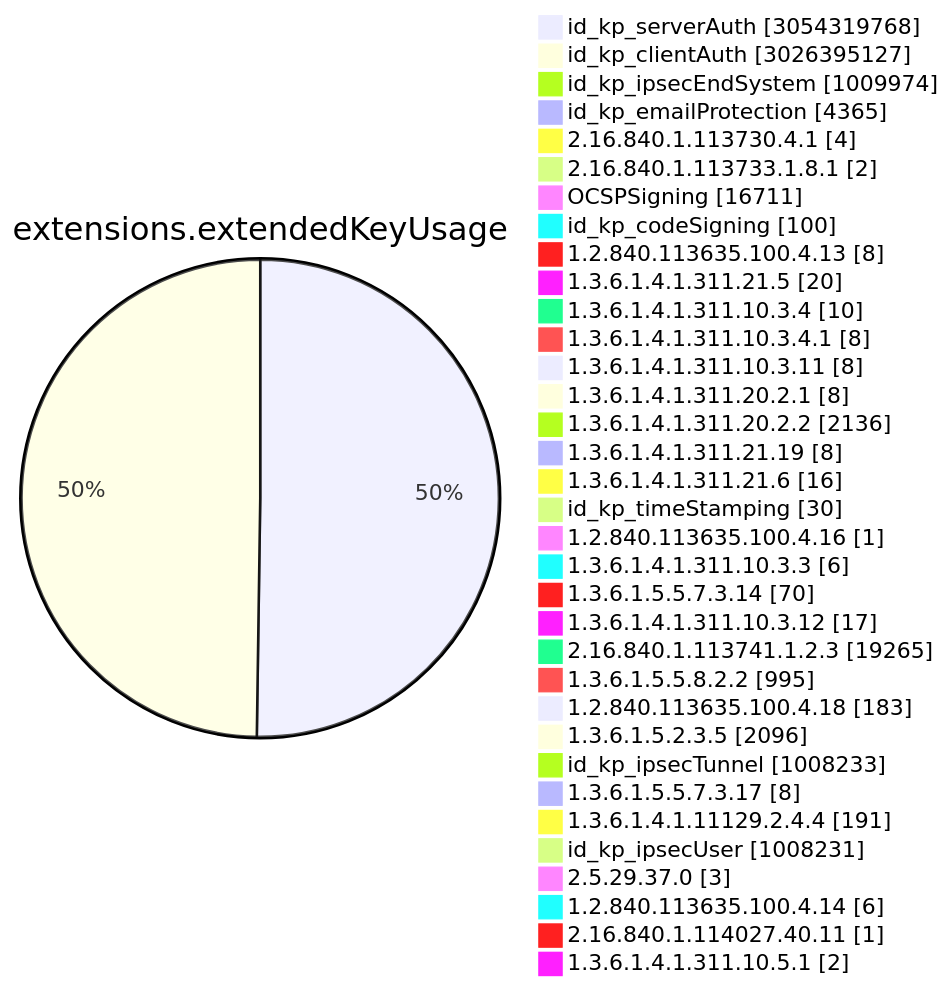
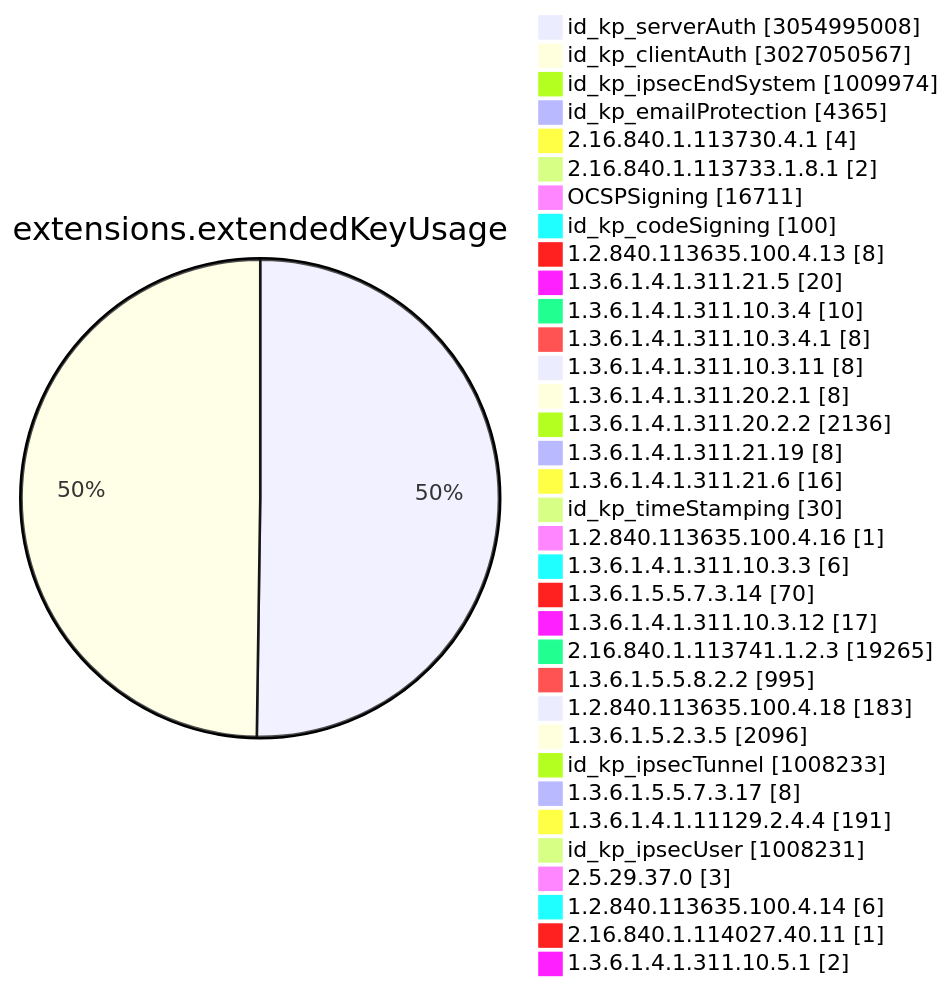
Before and after one commit to christiankrug/ctmonitor_visualization: diagram 11 of 15 in TOTAL/README.md, drawn with Mermaid. The commit also changed other lines of this file, not shown here.

````diff
--- a/TOTAL/README.md
+++ b/TOTAL/README.md
@@ -4117,38 +4117,38 @@
 ```mermaid
 pie showData
 title extensions.extendedKeyUsage
-"id_kp_serverAuth" :3054319768
-"id_kp_clientAuth" :3026395127
+"id_kp_serverAuth" :3054995008
+"id_kp_clientAuth" :3027050567
 "id_kp_ipsecEndSystem" :1009974
 "id_kp_emailProtection" :4365
 "2.16.840.1.113730.4.1" :4
 "2.16.840.1.113733.1.8.1" :2
 "OCSPSigning" :16711
 "id_kp_codeSigning" :100
 "1.2.840.113635.100.4.13" :8
 "1.3.6.1.4.1.311.21.5" :20
 "1.3.6.1.4.1.311.10.3.4" :10
 "1.3.6.1.4.1.311.10.3.4.1" :8
 "1.3.6.1.4.1.311.10.3.11" :8
 "1.3.6.1.4.1.311.20.2.1" :8
 "1.3.6.1.4.1.311.20.2.2" :2136
 "1.3.6.1.4.1.311.21.19" :8
 "1.3.6.1.4.1.311.21.6" :16
 "id_kp_timeStamping" :30
 "1.2.840.113635.100.4.16" :1
 "1.3.6.1.4.1.311.10.3.3" :6
 "1.3.6.1.5.5.7.3.14" :70
 "1.3.6.1.4.1.311.10.3.12" :17
 "2.16.840.1.113741.1.2.3" :19265
 "1.3.6.1.5.5.8.2.2" :995
 "1.2.840.113635.100.4.18" :183
 "1.3.6.1.5.2.3.5" :2096
 "id_kp_ipsecTunnel" :1008233
 "1.3.6.1.5.5.7.3.17" :8
 "1.3.6.1.4.1.11129.2.4.4" :191
 "id_kp_ipsecUser" :1008231
 "2.5.29.37.0" :3
 "1.2.840.113635.100.4.14" :6
 "2.16.840.1.114027.40.11" :1
 "1.3.6.1.4.1.311.10.5.1" :2
 ```
````
